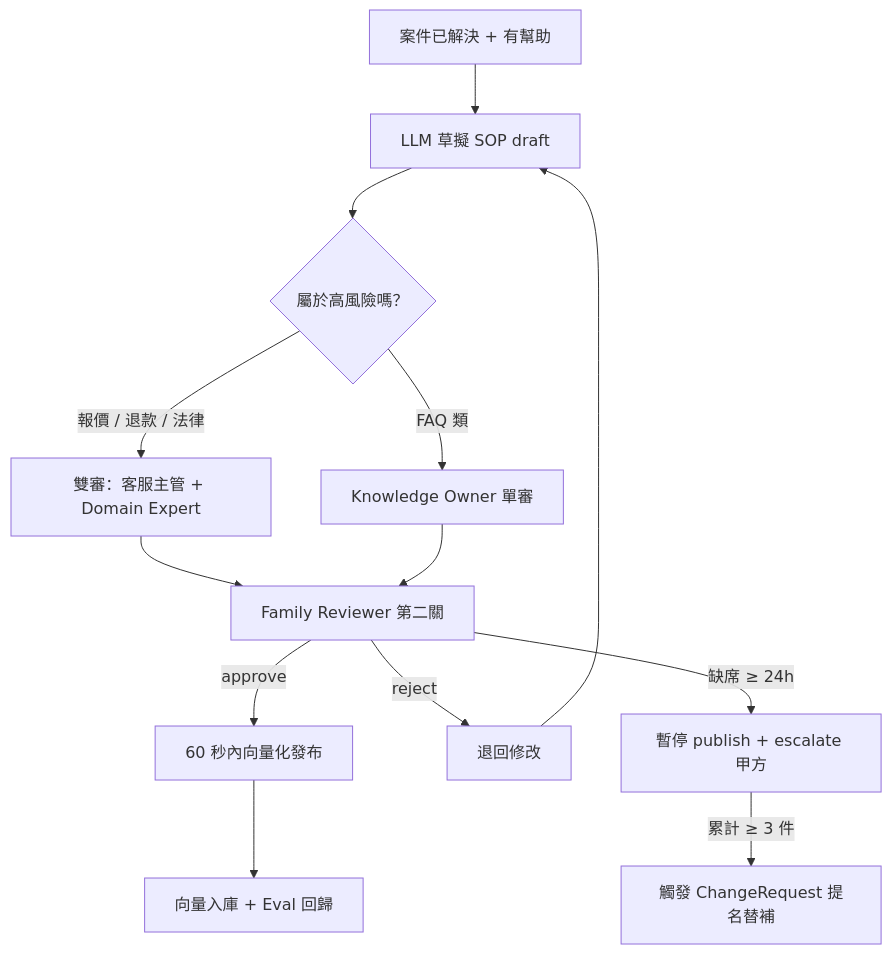
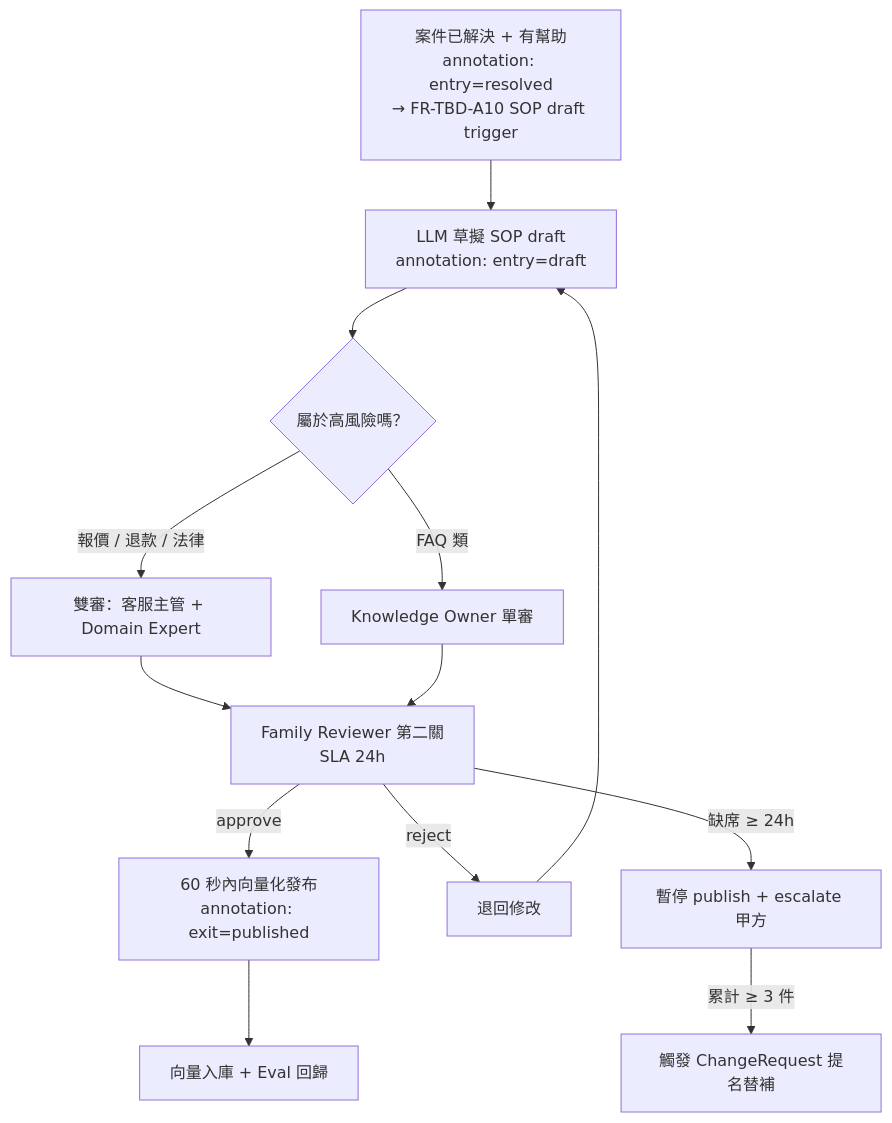
One commit to Zenobia000/chatlock_dev_docs changed the third of 5 diagrams in docs/ux/user-flow-smart-lock-saas.md. Above: the diagram before and after it, drawn with Mermaid. The commit also changed other lines of this file and 24 other files, not shown here.

First line of the commit message:
feat(ux): user flow v2 + by-module sub-files + wireframes index (A3.5)

````diff
--- a/docs/ux/user-flow-smart-lock-saas.md
+++ b/docs/ux/user-flow-smart-lock-saas.md
@@ -271,15 +287,15 @@
 ```mermaid
 flowchart TD
-    Resolved[案件已解決 + 有幫助] --> Draft[LLM 草擬 SOP draft]
+    Resolved[案件已解決 + 有幫助<br/>annotation: entry=resolved<br/>→ FR-TBD-A10 SOP draft trigger] --> Draft[LLM 草擬 SOP draft<br/>annotation: entry=draft]
     Draft --> RiskCheck{屬於高風險嗎？}
     RiskCheck -->|報價 / 退款 / 法律| DualReview[雙審：客服主管 + Domain Expert]
     RiskCheck -->|FAQ 類| SingleReview[Knowledge Owner 單審]
-    DualReview --> FamilyReview[Family Reviewer 第二關]
+    DualReview --> FamilyReview[Family Reviewer 第二關<br/>SLA 24h]
     SingleReview --> FamilyReview
-    FamilyReview -->|approve| Published[60 秒內向量化發布]
+    FamilyReview -->|approve| Published[60 秒內向量化發布<br/>annotation: exit=published]
     FamilyReview -->|reject| Revise[退回修改]
     FamilyReview -->|缺席 ≥ 24h| Pause[暫停 publish + escalate 甲方]
     Pause -->|累計 ≥ 3 件| Replacement[觸發 ChangeRequest 提名替補]
     Revise --> Draft
     Published --> Eval[向量入庫 + Eval 回歸]
 ```
````
